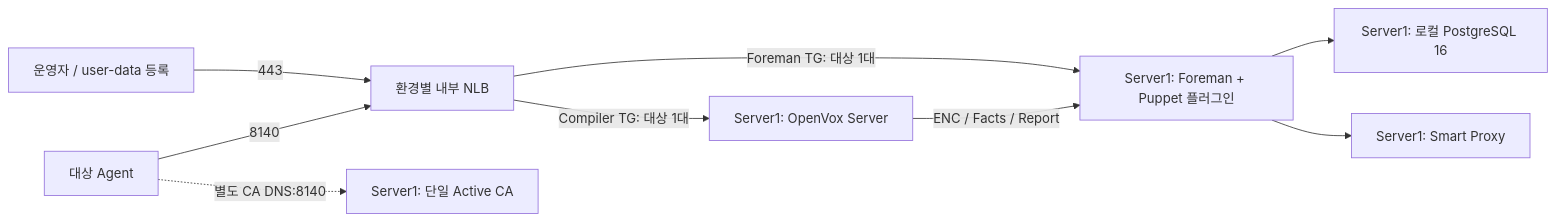
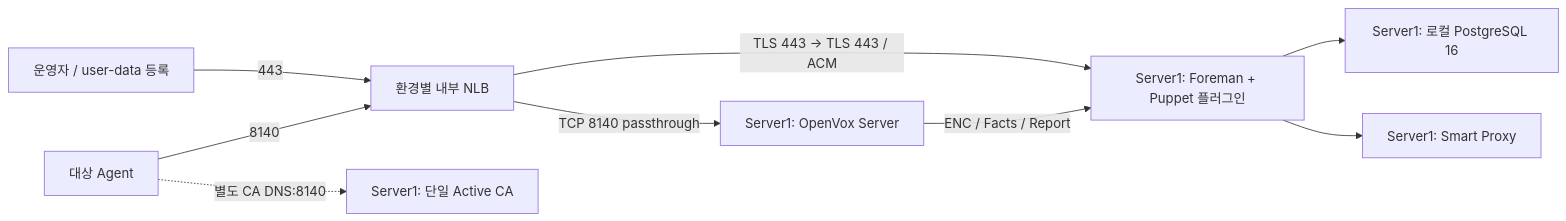
The diagram in foreman-puppet/docs/PHASED_ROLLOUT.md (heyoon2j/y2-devops-lab), drawn with Mermaid before and after one commit. The commit also changed other lines of this file and 17 other files, not shown here.

Commit message:
feat(foreman-puppet): use ACM on NLB and separate backend service TLS

````diff
--- a/foreman-puppet/docs/PHASED_ROLLOUT.md
+++ b/foreman-puppet/docs/PHASED_ROLLOUT.md
@@ -20,11 +20,11 @@
 ```mermaid
 flowchart LR
     U["운영자 / user-data 등록"] -->|"443"| L["환경별 내부 NLB"]
     A["대상 Agent"] -->|"8140"| L
-    L -->|"Foreman TG: 대상 1대"| F["Server1: Foreman + Puppet 플러그인"]
-    L -->|"Compiler TG: 대상 1대"| P["Server1: OpenVox Server"]
+    L -->|"TLS 443 → TLS 443 / ACM"| F["Server1: Foreman + Puppet 플러그인"]
+    L -->|"TCP 8140 passthrough"| P["Server1: OpenVox Server"]
     F --> D["Server1: 로컬 PostgreSQL 16"]
     F --> S["Server1: Smart Proxy"]
     P -->|"ENC / Facts / Report"| F
     A -.->|"별도 CA DNS:8140"| C["Server1: 단일 Active CA"]
 ```
````
